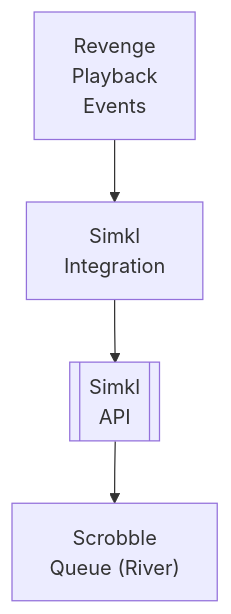
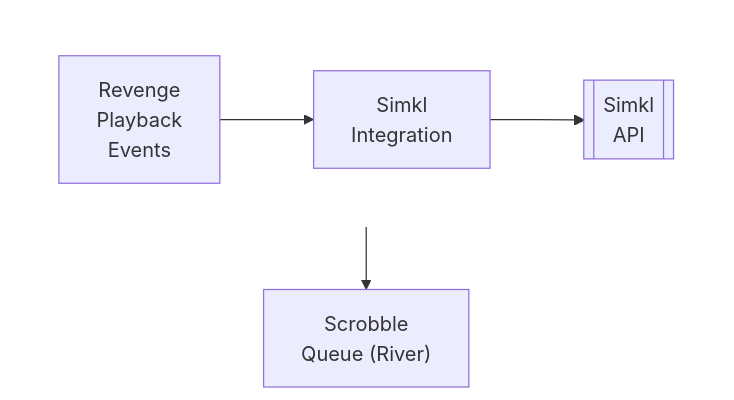
One commit to lusoris/revenge changed the diagram in docs/dev/design/integrations/scrobbling/SIMKL.md. Above: the diagram before and after it, drawn with Mermaid. The commit also changed 210 other files, not shown here.

First line of the commit message:
feat(docs): Add horizontal layout support for Mermaid diagrams

````diff
--- a/docs/dev/design/integrations/scrobbling/SIMKL.md
+++ b/docs/dev/design/integrations/scrobbling/SIMKL.md
@@ -59,10 +59,16 @@
 ```mermaid
 flowchart TD
-    node1["Revenge<br/>Playback<br/>Events"]
-    node2["Simkl<br/>Integration"]
-    node3[["Simkl<br/>API"]]
+    subgraph row1[ ]
+        direction LR
+        node1["Revenge<br/>Playback<br/>Events"]
+        node2["Simkl<br/>Integration"]
+        node3[["Simkl<br/>API"]]
+    end
     node4["Scrobble<br/>Queue (River)"]
     node1 --> node2
     node2 --> node3
     node3 --> node4
+
+    %% Hide row subgraph borders
+    style row1 fill:transparent,stroke:transparent
 ```
````
